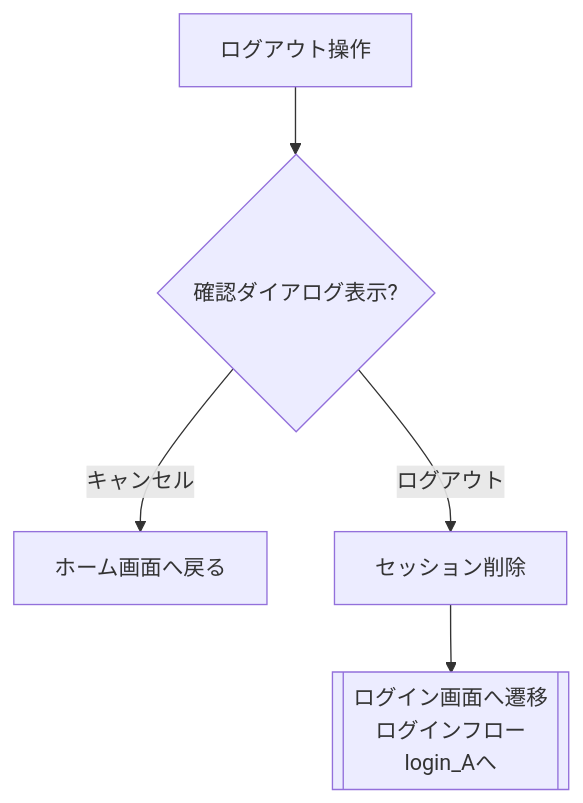
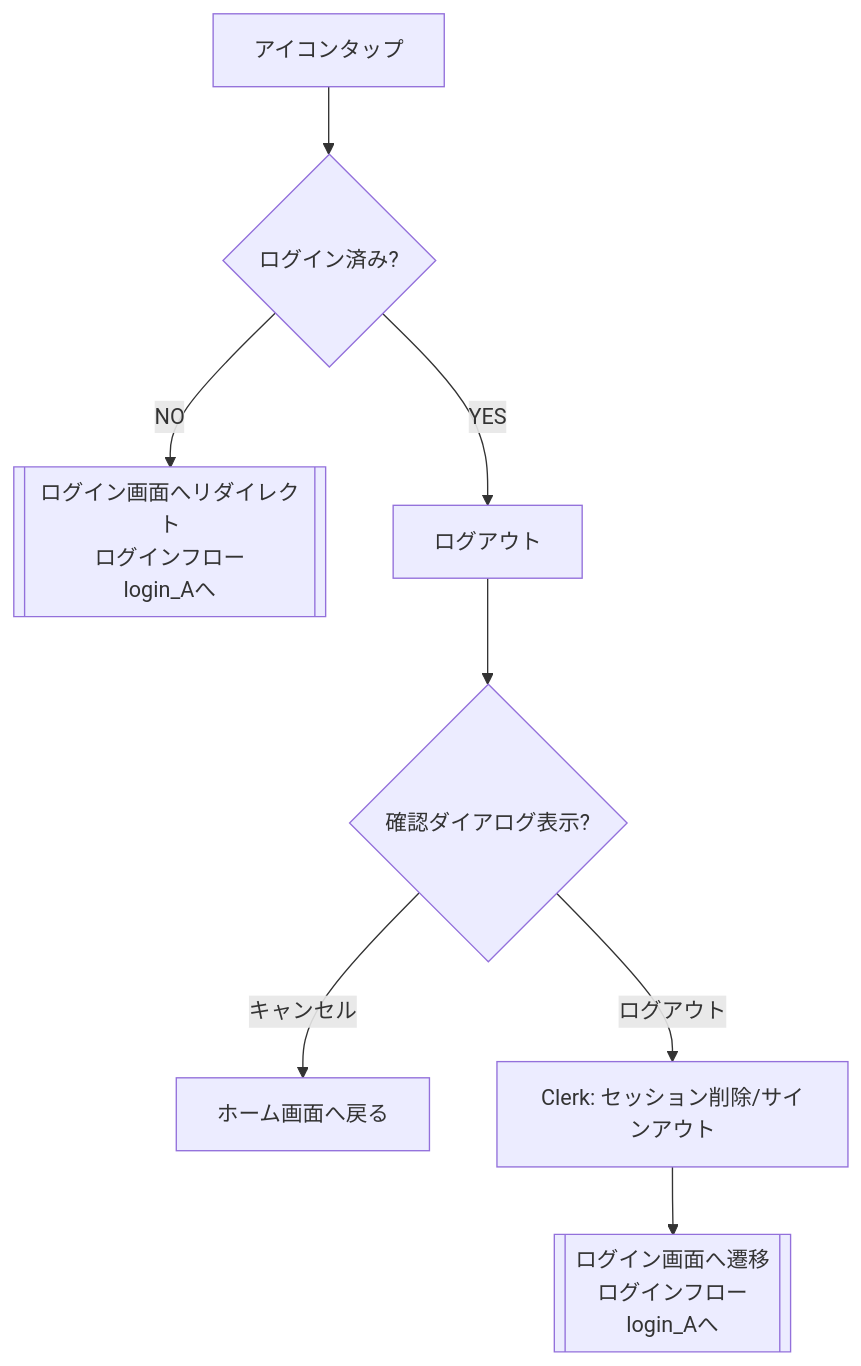
The fourth of 5 diagrams in src/content/docs/functional-design/customer/account.md (reflenge/mobipita-docs), drawn with Mermaid before and after one commit. The commit also changed other lines of this file, not shown here.

````diff
--- a/src/content/docs/functional-design/customer/account.md
+++ b/src/content/docs/functional-design/customer/account.md
@@ -143,10 +154,15 @@
 ```mermaid
 flowchart TD
+logout_A[アイコンタップ] --> logout_B{ログイン済み?}
 
-logout_A[ログアウト操作] --> logout_B{確認ダイアログ表示?}
+%% ログイン判定の分岐
+logout_B -->|NO| logout_L_redirect[[ログイン画面へリダイレクト<br>ログインフロー<br>login_Aへ]]
+logout_B -->|YES| logout_B1[ログアウト]
+logout_B1 -->logout_C{確認ダイアログ表示?}
 
-logout_B -->|キャンセル| logout_C[ホーム画面へ戻る]
-logout_B -->|ログアウト| logout_D[セッション削除]
+%% --- ログアウト実行フロー ---
+logout_C -->|キャンセル| logout_D[ホーム画面へ戻る]
+logout_C -->|ログアウト| logout_E[Clerk: セッション削除/サインアウト]
 
-logout_D --> logout_E[[ログイン画面へ遷移<br>ログインフロー<br>login_Aへ]]
+logout_E --> logout_F[[ログイン画面へ遷移<br>ログインフロー<br>login_Aへ]]
 ```
````
